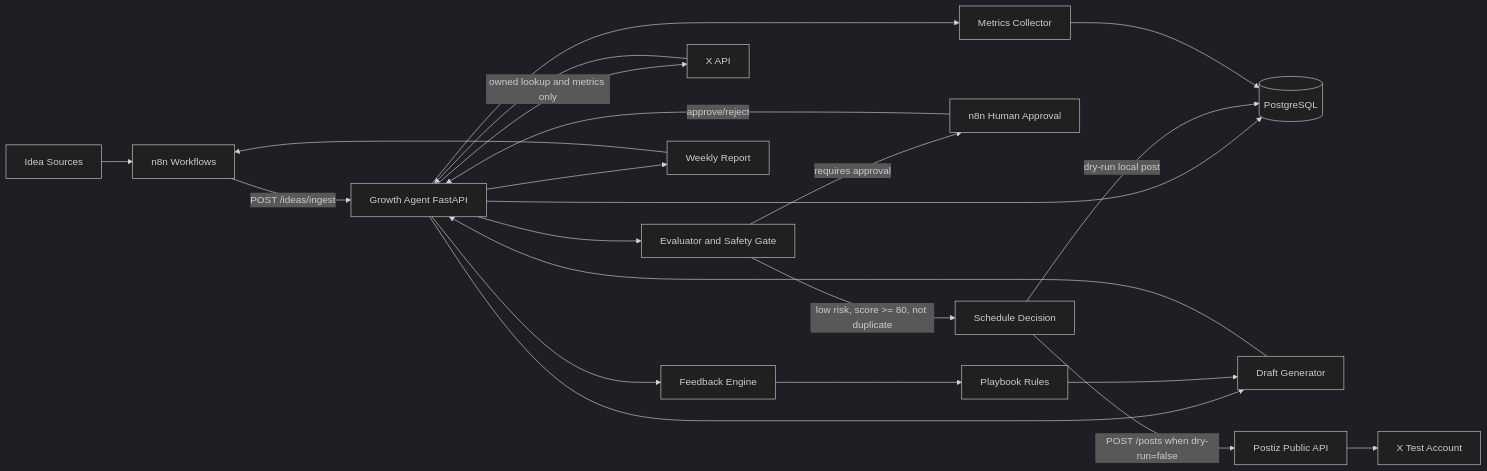
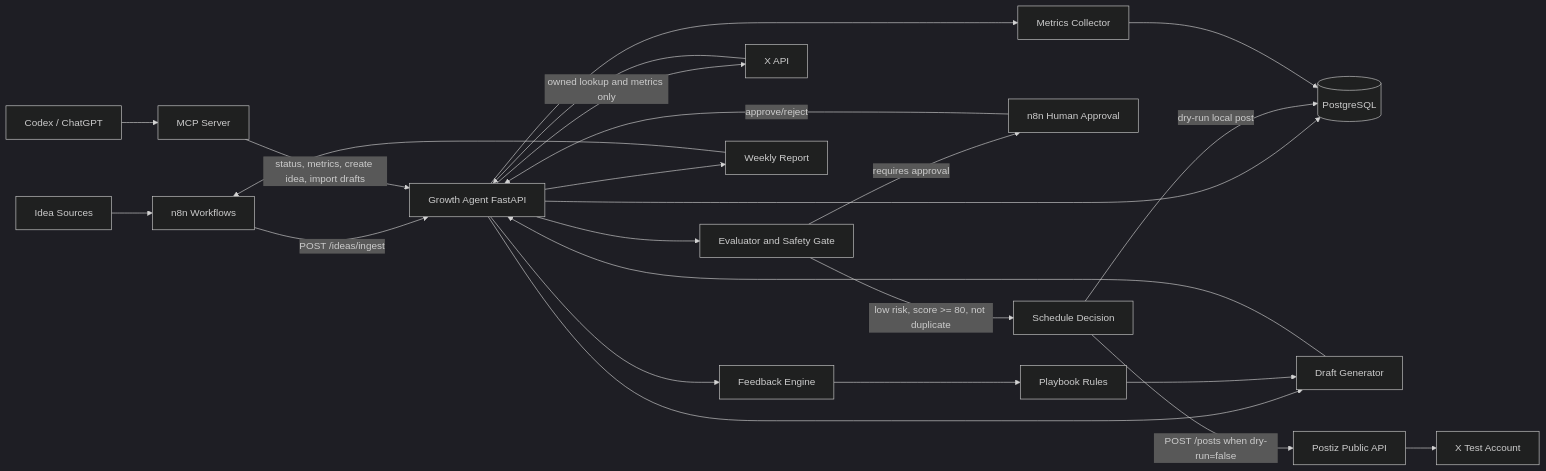
One commit to wasanemon/automation_x changed the diagram in docs/architecture.md. Above: the diagram before and after it, drawn with Mermaid (dark theme). The commit also changed other lines of this file and 12 other files, not shown here.

Commit message:
Add Codex MCP draft import flow

````diff
--- a/docs/architecture.md
+++ b/docs/architecture.md
@@ -5,24 +5,26 @@
 ```mermaid
 flowchart LR
     Sources[Idea Sources] --> N8N[n8n Workflows]
     N8N -->|POST /ideas/ingest| Agent[Growth Agent FastAPI]
+    ChatGPT[Codex / ChatGPT] --> MCP[MCP Server]
+    MCP -->|status, metrics, create idea, import drafts| Agent
     Agent --> DB[(PostgreSQL)]
     Agent --> Drafts[Draft Generator]
     Drafts --> Agent
     Agent --> Evaluator[Evaluator and Safety Gate]
     Evaluator -->|low risk, score >= 80, not duplicate| Scheduler[Schedule Decision]
     Evaluator -->|requires approval| N8NApproval[n8n Human Approval]
     N8NApproval -->|approve/reject| Agent
     Scheduler -->|dry-run local post| DB
     Scheduler -->|POST /posts when dry-run=false| Postiz[Postiz Public API]
     Postiz --> X[X Test Account]
     Agent -->|owned lookup and metrics only| XAPI[X API]
     XAPI --> Agent
     Agent --> Metrics[Metrics Collector]
     Metrics --> DB
     Agent --> Feedback[Feedback Engine]
     Feedback --> Playbook[Playbook Rules]
     Playbook --> Drafts
     Agent --> Reports[Weekly Report]
     Reports --> N8N
 ```
````
